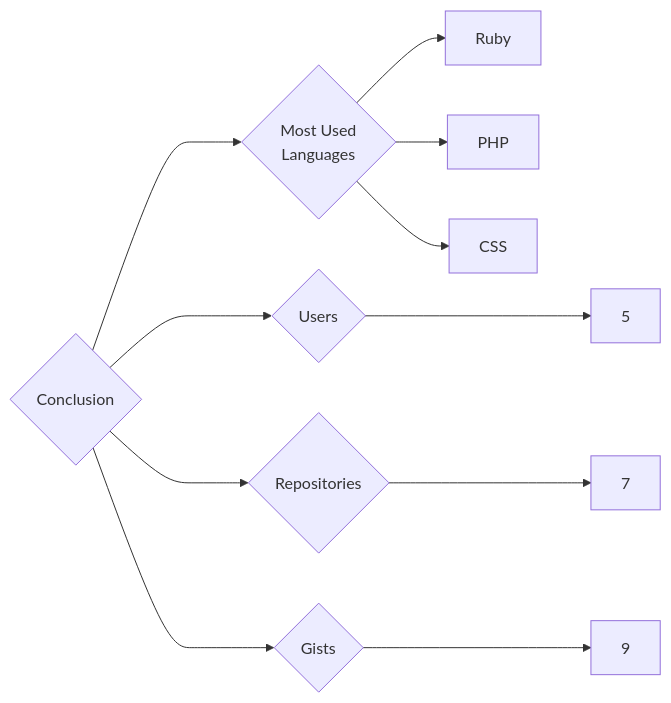
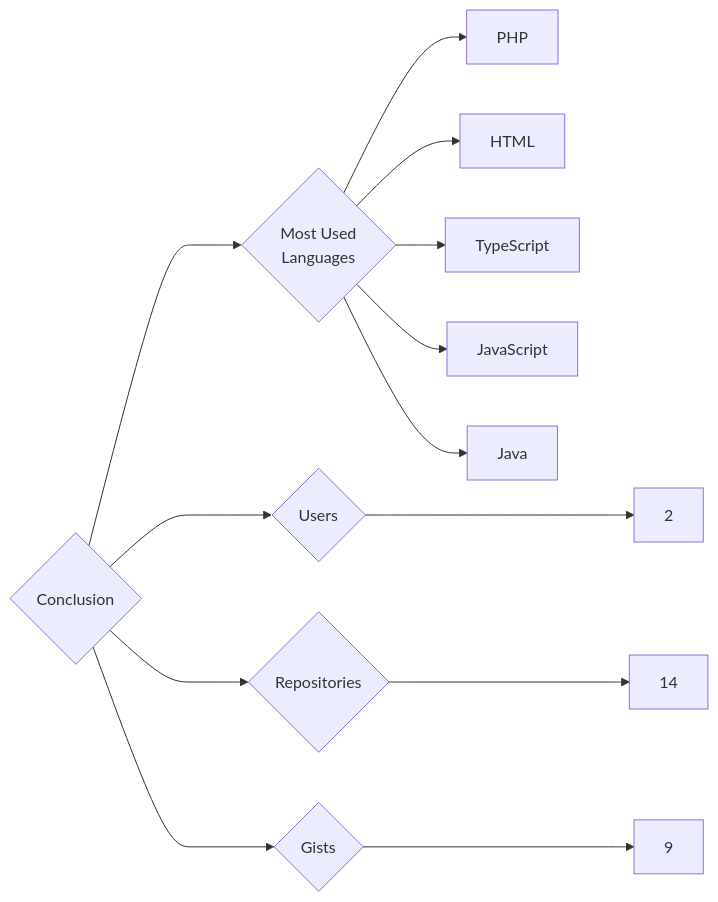
One commit to trickest/insiders changed the diagram in targets/Conclusion/README.md. Above: the diagram before and after it, drawn with Mermaid. The commit also changed 618 other files, not shown here.

````diff
--- a/targets/Conclusion/README.md
+++ b/targets/Conclusion/README.md
@@ -3,11 +3,13 @@
 ```mermaid
 graph LR
 COMPANY_NAME{Conclusion}
-COMPANY_NAME ---> U{Users} ---> UN[5]
-COMPANY_NAME ---> R{Repositories} ---> RN[7]
+COMPANY_NAME ---> U{Users} ---> UN[2]
+COMPANY_NAME ---> R{Repositories} ---> RN[14]
 COMPANY_NAME ---> G{Gists} ---> GN[9]
 COMPANY_NAME ---> ML{Most Used<br>Languages}
-ML --> Ruby[Ruby]
 ML --> PHP[PHP]
-ML --> CSS[CSS]
+ML --> HTML[HTML]
+ML --> TypeScript[TypeScript]
+ML --> JavaScript[JavaScript]
+ML --> Java[Java]
 ```
````
